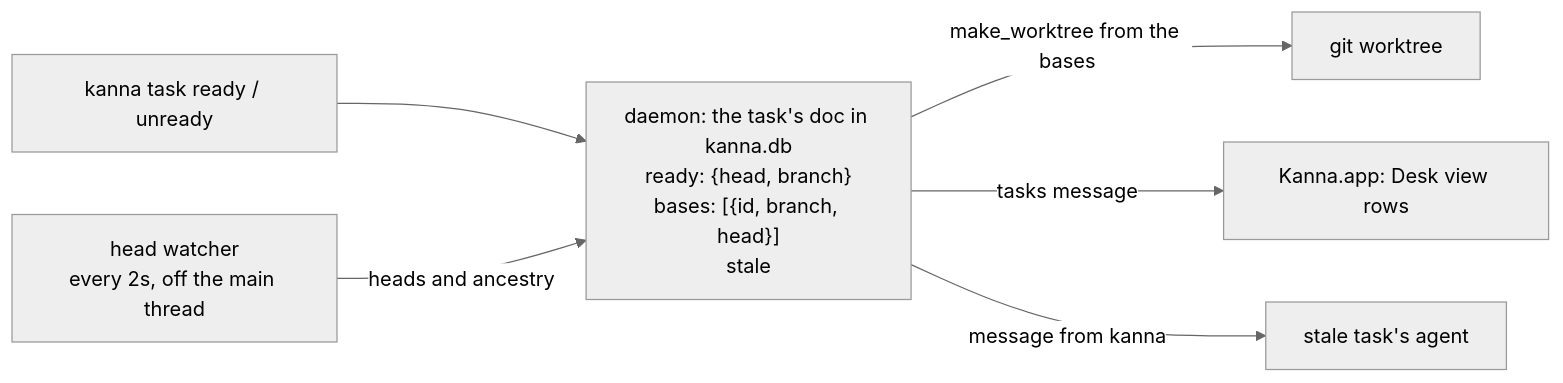
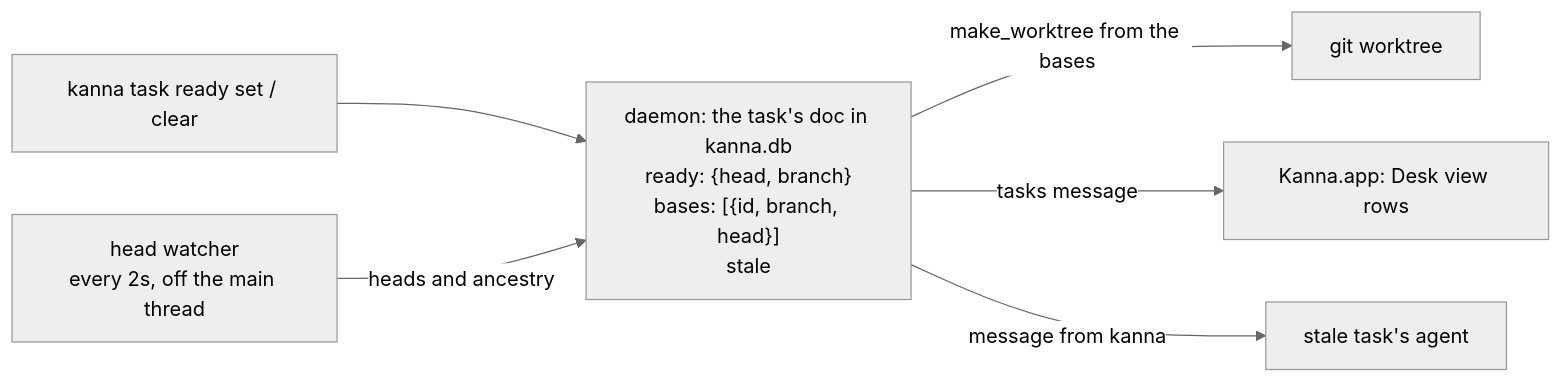
Before and after one commit to tampopogk/kanna: the third of 3 diagrams in docs/specs/stacked-tasks.md, drawn with Mermaid (neutral theme). The commit also changed other lines of this file and 6 other files, not shown here.

Commit message:
Stacked tasks: kanna task ready set|clear replaces ready and unready

````diff
--- a/docs/specs/stacked-tasks.md
+++ b/docs/specs/stacked-tasks.md
@@ -98,8 +98,8 @@
 ```mermaid
 flowchart LR
-    CLI["kanna task ready / unready"] --> D["daemon: the task's doc in kanna.db<br/>ready: {head, branch}<br/>bases: [{id, branch, head}]<br/>stale"]
+    CLI["kanna task ready set / clear"] --> D["daemon: the task's doc in kanna.db<br/>ready: {head, branch}<br/>bases: [{id, branch, head}]<br/>stale"]
     W["head watcher<br/>every 2s, off the main thread"] -->|"heads and ancestry"| D
     D -->|"make_worktree from the bases"| G["git worktree"]
     D -->|"tasks message"| APP["Kanna.app: Desk view rows"]
     D -->|"message from kanna"| AG["stale task's agent"]
 ```
````
